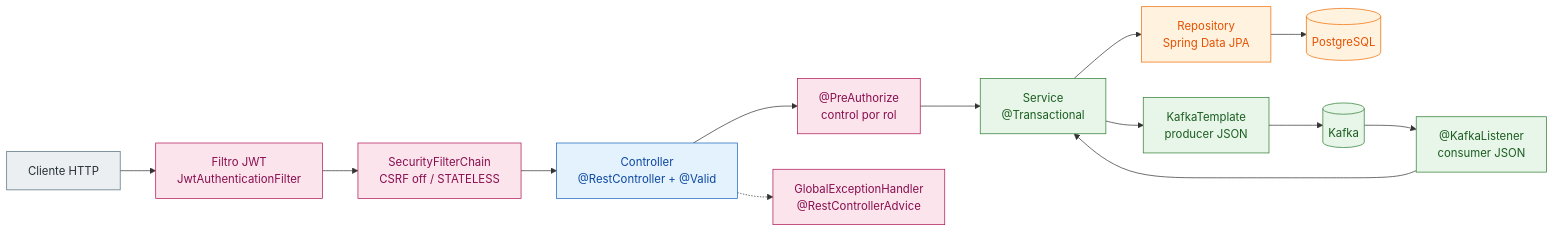
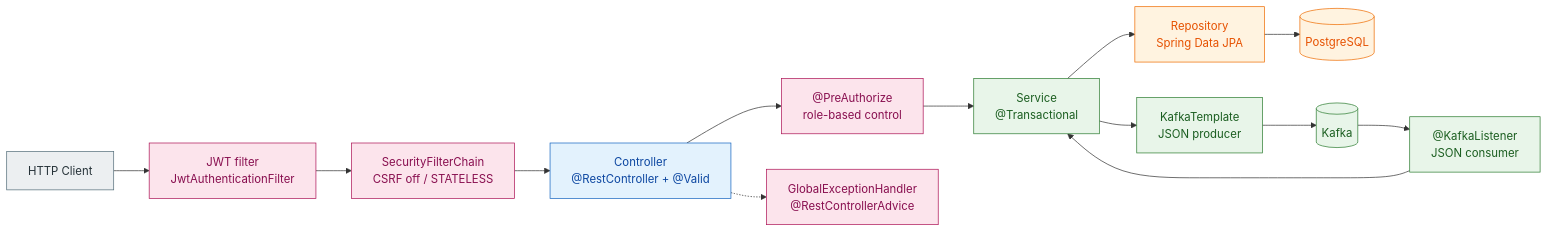
The third of 31 diagrams in README.md (carlosgarcia-tech/order-flow), drawn with Mermaid before and after one commit. The commit also changed other lines of this file, not shown here.

````diff
--- a/README.md
+++ b/README.md
@@ -124,21 +124,21 @@
 ```mermaid
 flowchart LR
     classDef ext fill:#eceff1,stroke:#546e7a,color:#263238
     classDef api fill:#e3f2fd,stroke:#1565c0,color:#0d47a1
     classDef sec fill:#fce4ec,stroke:#ad1457,color:#880e4f
     classDef biz fill:#e8f5e9,stroke:#2e7d32,color:#1b5e20
     classDef pers fill:#fff3e0,stroke:#ef6c00,color:#e65100
 
-    Client["Cliente HTTP"]:::ext --> Filter["Filtro JWT<br/>JwtAuthenticationFilter"]:::sec
+    Client["HTTP Client"]:::ext --> Filter["JWT filter<br/>JwtAuthenticationFilter"]:::sec
     Filter --> SecCfg["SecurityFilterChain<br/>CSRF off / STATELESS"]:::sec
     SecCfg --> Ctrl["Controller<br/>@RestController + @Valid"]:::api
-    Ctrl --> Authz["@PreAuthorize<br/>control por rol"]:::sec
+    Ctrl --> Authz["@PreAuthorize<br/>role-based control"]:::sec
     Authz --> Svc["Service<br/>@Transactional"]:::biz
     Svc --> Repo["Repository<br/>Spring Data JPA"]:::pers
     Repo --> DB[("PostgreSQL")]:::pers
-    Svc --> Pub["KafkaTemplate<br/>producer JSON"]:::biz
+    Svc --> Pub["KafkaTemplate<br/>JSON producer"]:::biz
     Pub --> Kafka[("Kafka")]:::biz
-    Kafka --> Lsn["@KafkaListener<br/>consumer JSON"]:::biz
+    Kafka --> Lsn["@KafkaListener<br/>JSON consumer"]:::biz
     Lsn --> Svc
     Ctrl -.-> Exh["GlobalExceptionHandler<br/>@RestControllerAdvice"]:::sec
 ```
````
